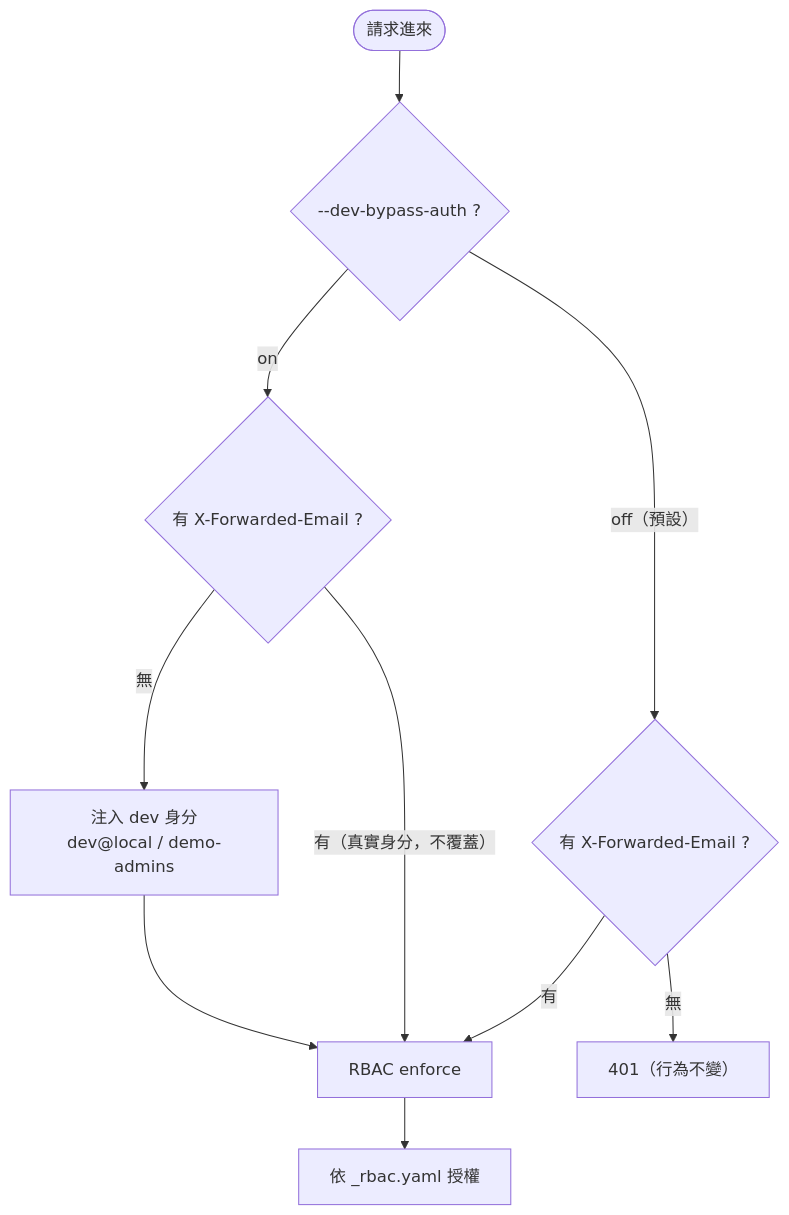
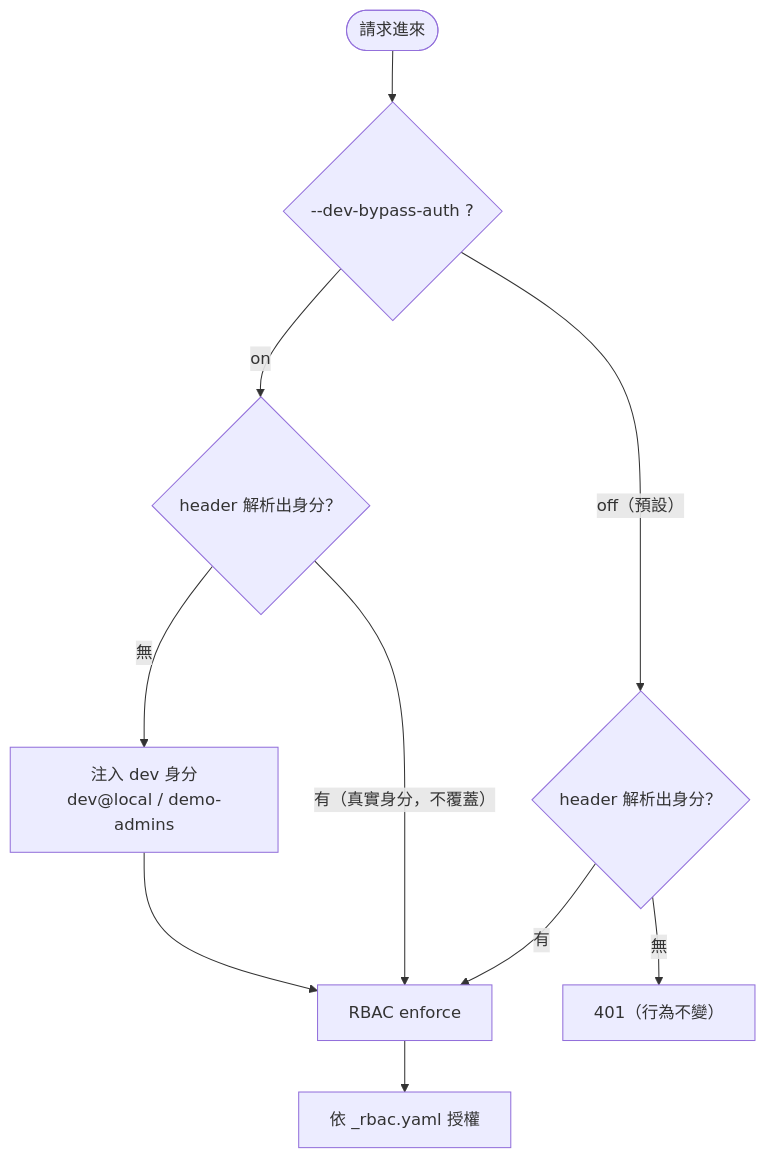
The diagram in docs/adr/022-dev-auth-bypass-four-layer-containment.md (vencil/Dynamic-Alerting-Integrations), drawn with Mermaid before and after one commit. The commit also changed other lines of this file and 90 other files, not shown here.

````diff
--- a/docs/adr/022-dev-auth-bypass-four-layer-containment.md
+++ b/docs/adr/022-dev-auth-bypass-four-layer-containment.md
@@ -48,12 +54,12 @@
 ```mermaid
 flowchart TD
     R(["請求進來"]) --> F{"--dev-bypass-auth ?"}
-    F -->|"off（預設）"| H1{"有 X-Forwarded-Email ?"}
-    F -->|on| H2{"有 X-Forwarded-Email ?"}
+    F -->|"off（預設）"| H1{"header 解析出身分？"}
+    F -->|on| H2{"header 解析出身分？"}
     H1 -->|有| OK["RBAC enforce"]
     H1 -->|無| E401["401（行為不變）"]
     H2 -->|"有（真實身分，不覆蓋）"| OK
     H2 -->|無| INJ["注入 dev 身分<br/>dev@local / demo-admins"]
     INJ --> OK
     OK --> AUTH["依 _rbac.yaml 授權"]
 ```
````
